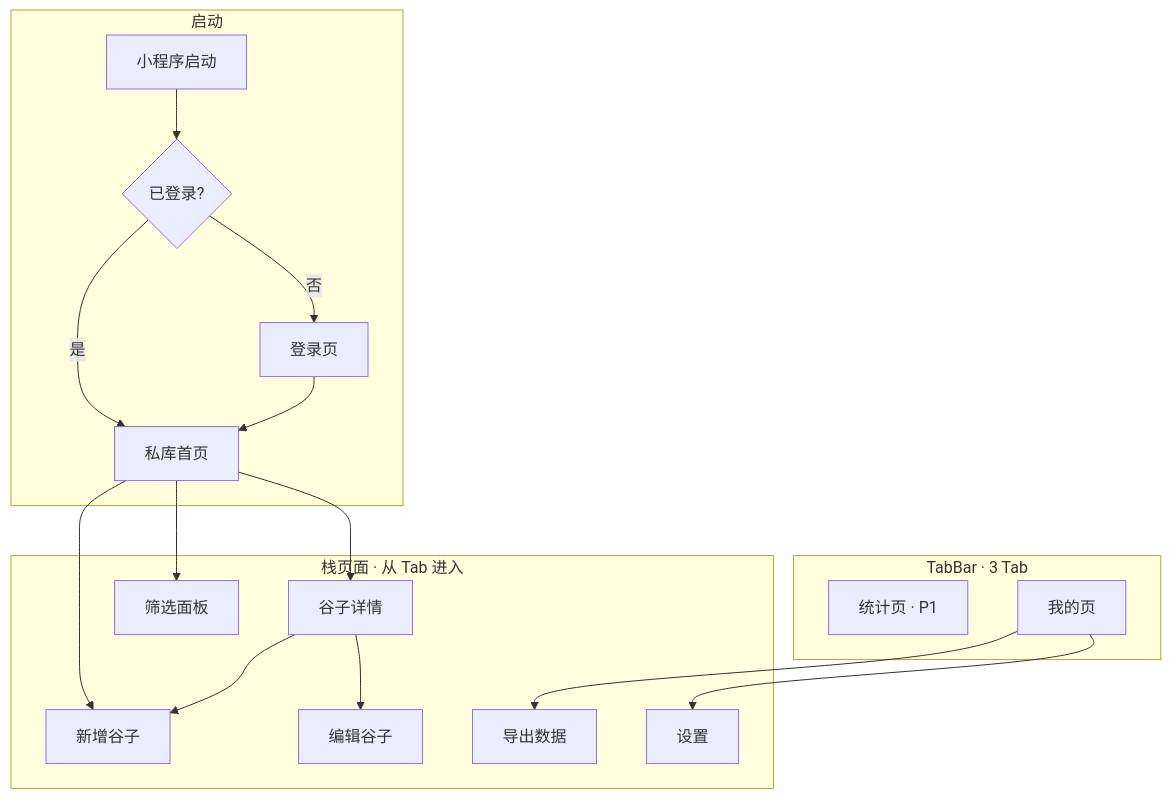
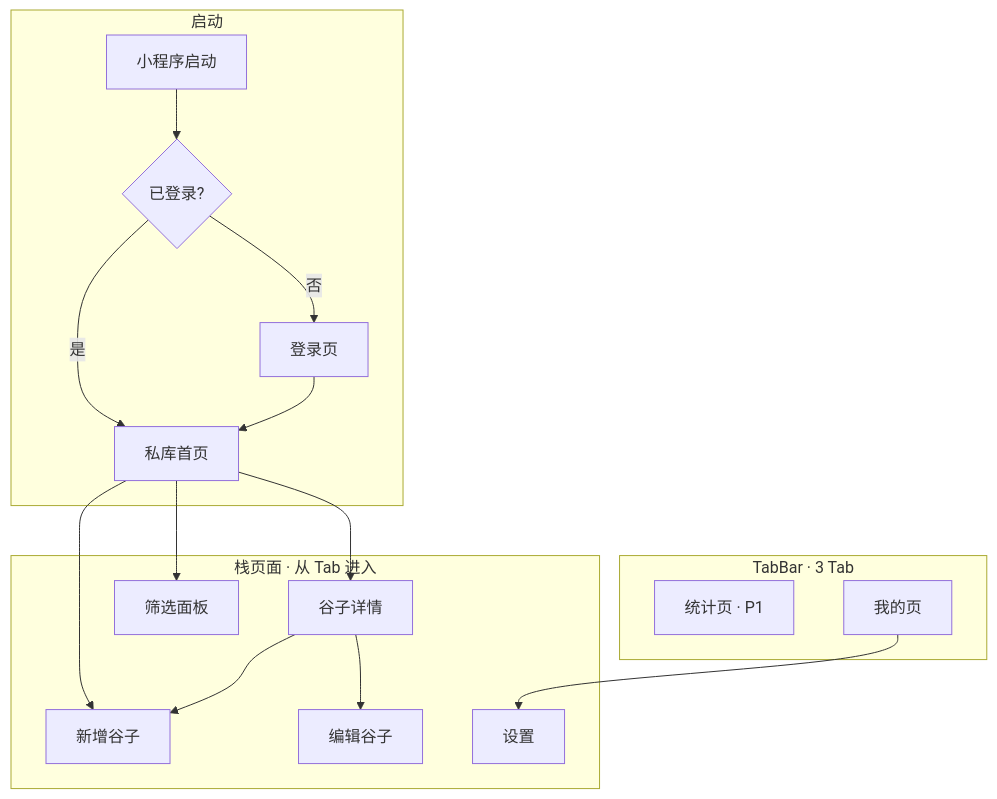
Before and after one commit to wzscq/gushi: the diagram in pages.md, drawn with Mermaid. The commit also changed other lines of this file and 9 other files, not shown here.

````diff
--- a/pages.md
+++ b/pages.md
@@ -10,27 +10,26 @@
 ```mermaid
 flowchart TB
     subgraph launch [启动]
         L0[小程序启动]
         L1{已登录?}
         L0 --> L1
         L1 -->|否| P01[登录页]
         L1 -->|是| P02[私库首页]
         P01 --> P02
     end
 
     subgraph tabbar [TabBar · 3 Tab]
         P02
         P07[统计页 · P1]
         P08[我的页]
     end
 
     subgraph stack [栈页面 · 从 Tab 进入]
         P02 --> P03[谷子详情]
         P02 --> P04[筛选面板]
         P02 --> P05[新增谷子]
         P03 --> P06[编辑谷子]
         P03 --> P05
-        P08 --> P09[导出数据]
         P08 --> P10[设置]
     end
 ```
````
